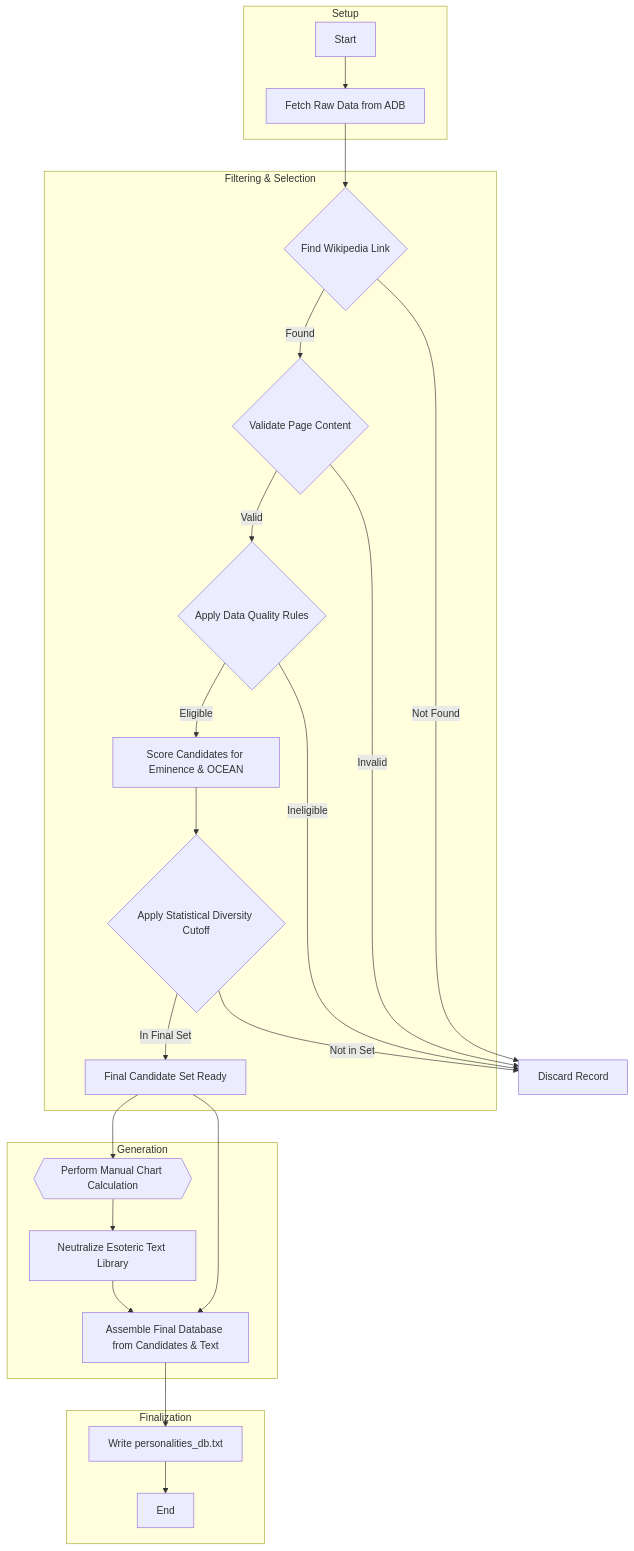
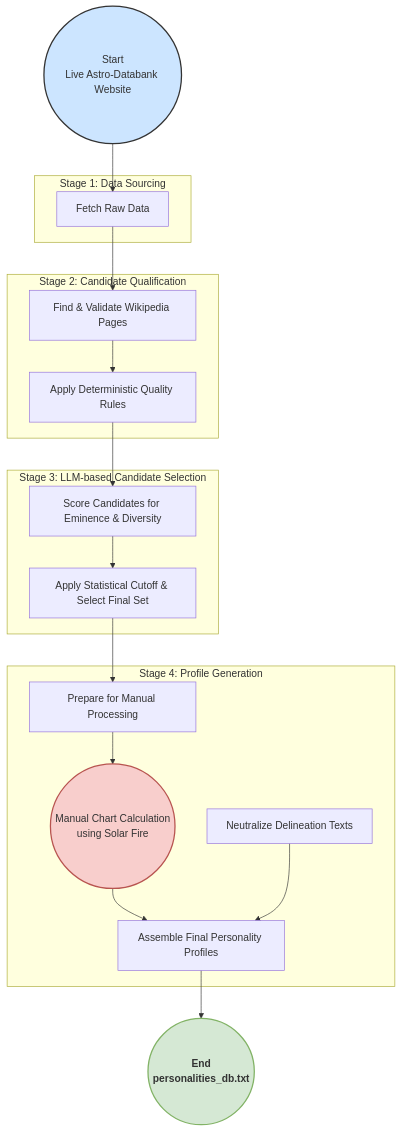
The diagram in docs/diagrams/logic_prep_pipeline.mmd (peterjmarko/llm-narrative-framework), drawn with Mermaid before and after one commit. The commit also changed 13 other files, not shown here.

```diff
--- a/docs/diagrams/logic_prep_pipeline.mmd
+++ b/docs/diagrams/logic_prep_pipeline.mmd
@@ -1,29 +1,44 @@
 graph TD
-    subgraph "Setup"
-        A[Start] --> B[Fetch Raw Data from ADB]
+    classDef manualStyle fill:#f8cecc,stroke:#b85450,stroke-width:2px
+    classDef sourceStyle fill:#cce5ff,stroke:#333,stroke-width:2px
+    classDef finalProductStyle fill:#d5e8d4,stroke:#82b366,stroke-width:2px,font-weight:bold
+
+    Start((Start<br>Live Astro-Databank Website))
+
+    subgraph "Stage 1: Data Sourcing"
+        A[Fetch Raw Data]
     end
 
-    subgraph "Filtering & Selection"
-        B --> C{Find Wikipedia Link}
-        C -- Found --> D{Validate Page Content}
-        D -- Valid --> E{Apply Data Quality Rules}
-        E -- Eligible --> F[Score Candidates for Eminence & OCEAN]
-        F --> G{Apply Statistical Diversity Cutoff}
-        G -- In Final Set --> H[Final Candidate Set Ready]
+    subgraph "Stage 2: Candidate Qualification"
+        B[Find & Validate Wikipedia Pages]
+        C[Apply Deterministic Quality Rules]
+    end
+
+    subgraph "Stage 3: LLM-based Candidate Selection"
+        D[Score Candidates for Eminence & Diversity]
+        E[Apply Statistical Cutoff & Select Final Set]
+    end
+
+    subgraph "Stage 4: Profile Generation"
+        F[Prepare for Manual Processing]
+        G((Manual Chart Calculation<br>using Solar Fire))
+        H[Neutralize Delineation Texts]
+        I[Assemble Final Personality Profiles]
     end
     
-    subgraph "Generation"
-        H --> I{{Perform Manual Chart Calculation}}
-        I --> J[Neutralize Esoteric Text Library]
-        H & J --> K[Assemble Final Database from Candidates & Text]
-    end
+    End((End<br>personalities_db.txt))
 
-    subgraph "Finalization"
-        K --> L[Write personalities_db.txt]
-        L --> Z[End]
-    end
+    Start --> A
+    A --> B
+    B --> C
+    C --> D
+    D --> E
+    E --> F
+    F --> G
+    G --> I
+    H --> I
+    I --> End
 
-    C -- Not Found --> X[Discard Record]
-    D -- Invalid --> X
-    E -- Ineligible --> X
-    G -- Not in Set --> X
+    class G manualStyle
+    class Start sourceStyle
+    class End finalProductStyle
```
